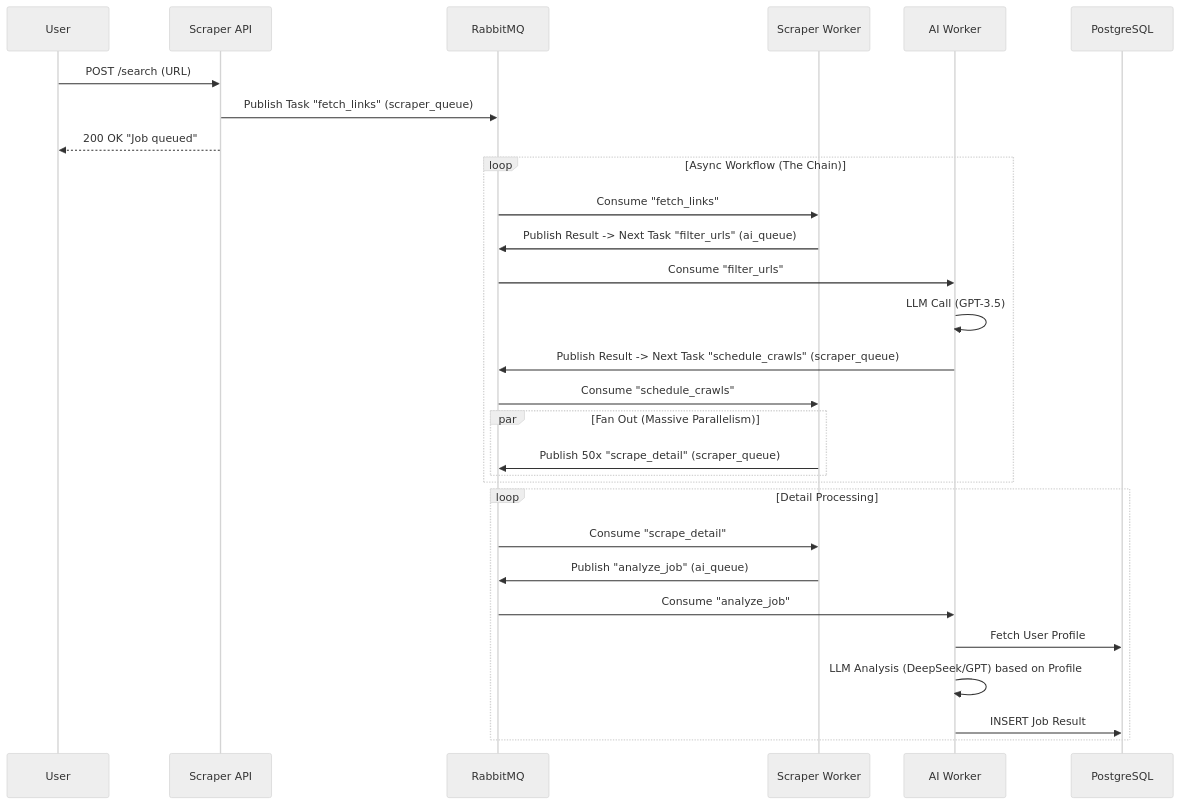
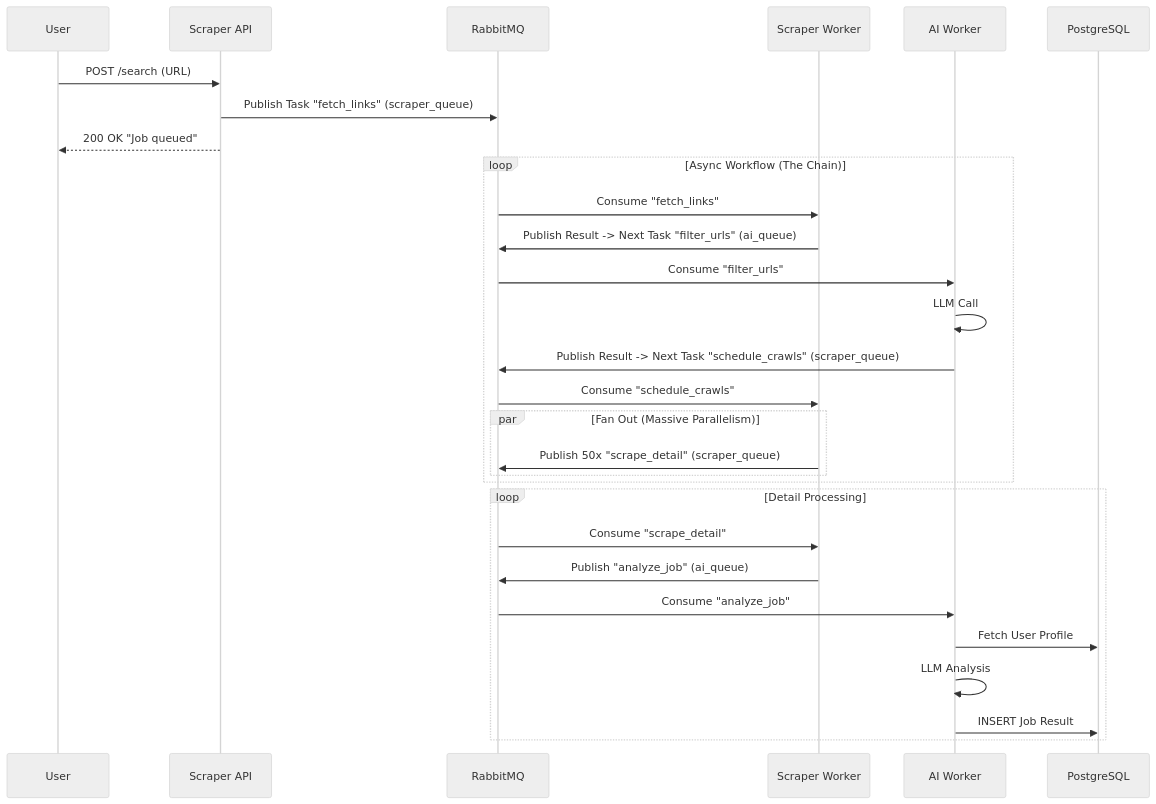
One commit to code-by-fh/ai-job-analyzer changed the diagram in README.MD. Above: the diagram before and after it, drawn with Mermaid (neutral theme). The commit also changed other lines of this file and 28 other files, not shown here.

````diff
--- a/README.MD
+++ b/README.MD
@@ -35,39 +35,38 @@
 ```mermaid
 sequenceDiagram
     participant User
     participant API as Scraper API
     participant RMQ as RabbitMQ
     participant Worker_S as Scraper Worker
     participant Worker_AI as AI Worker
     participant DB as PostgreSQL
 
     User->>API: POST /search (URL)
     API->>RMQ: Publish Task "fetch_links" (scraper_queue)
     API-->>User: 200 OK "Job queued"
     
     loop Async Workflow (The Chain)
         RMQ->>Worker_S: Consume "fetch_links"
         Worker_S->>RMQ: Publish Result -> Next Task "filter_urls" (ai_queue)
         
         RMQ->>Worker_AI: Consume "filter_urls"
-        Worker_AI->>Worker_AI: LLM Call (GPT-3.5)
+        Worker_AI->>Worker_AI: LLM Call
         Worker_AI->>RMQ: Publish Result -> Next Task "schedule_crawls" (scraper_queue)
         
         RMQ->>Worker_S: Consume "schedule_crawls"
         
         par Fan Out (Massive Parallelism)
             Worker_S->>RMQ: Publish 50x "scrape_detail" (scraper_queue)
         end
     end
 
     loop Detail Processing
         RMQ->>Worker_S: Consume "scrape_detail"
         Worker_S->>RMQ: Publish "analyze_job" (ai_queue)
         
         RMQ->>Worker_AI: Consume "analyze_job"
         Worker_AI->>DB: Fetch User Profile
-        Worker_AI->>Worker_AI: LLM Analysis (DeepSeek/GPT) based on Profile
+        Worker_AI->>Worker_AI: LLM Analysis
         Worker_AI->>DB: INSERT Job Result
     end
-
 ```
````
